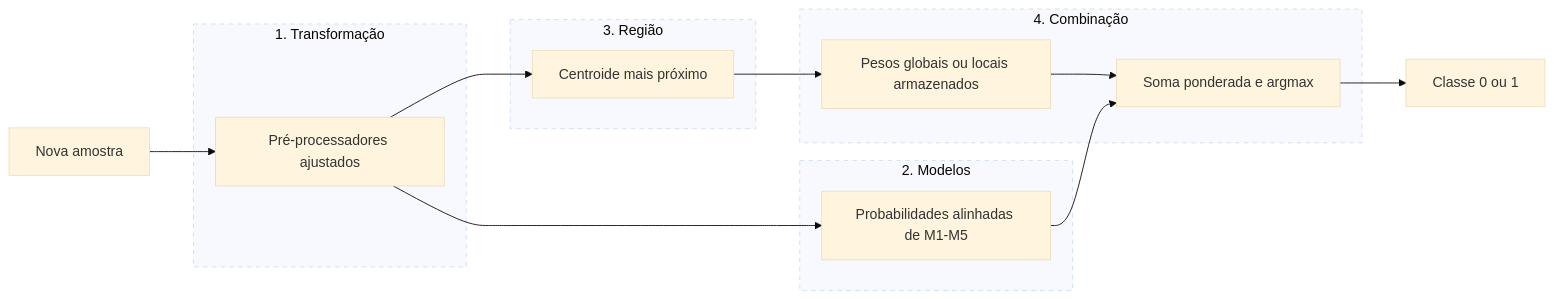
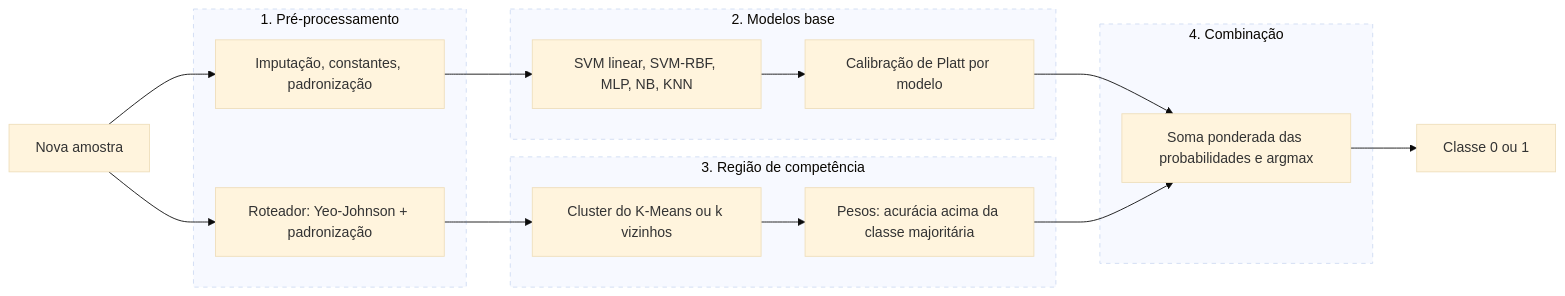
One commit to GabrielAlbuquerque01/rec_pad changed the second of 2 diagrams in docs/METODO.md. Above: the diagram before and after it, drawn with Mermaid (base theme). The commit also changed other lines of this file and 6 other files, not shown here.

````diff
--- a/docs/METODO.md
+++ b/docs/METODO.md
@@ -71,24 +103,27 @@
 ```mermaid
 flowchart LR
     X[Nova amostra] --> P
-    subgraph E1[1. Transformação]
-        P[Pré-processadores ajustados]
+    X --> RT
+    subgraph E1[1. Pré-processamento]
+        P[Imputação, constantes, padronização]
+        RT[Roteador: Yeo-Johnson + padronização]
     end
-    subgraph E2[2. Modelos]
-        M[Probabilidades alinhadas de M1-M5]
+    subgraph E2[2. Modelos base]
+        M[SVM linear, SVM-RBF, MLP, NB, KNN]
+        CAL[Calibração de Platt por modelo]
     end
-    subgraph E3[3. Região]
-        K[Centroide mais próximo]
+    subgraph E3[3. Região de competência]
+        K[Cluster do K-Means ou k vizinhos]
+        W[Pesos: acurácia acima da classe majoritária]
     end
     subgraph E4[4. Combinação]
-        W[Pesos globais ou locais armazenados] --> F[Soma ponderada e argmax]
+        F[Soma ponderada das probabilidades e argmax]
     end
-    P --> M & K
-    K --> W
-    M --> F
+    P --> M --> CAL --> F
+    RT --> K --> W --> F
     F --> Y[Classe 0 ou 1]
     style E1 stroke-dasharray: 5 5
     style E2 stroke-dasharray: 5 5
     style E3 stroke-dasharray: 5 5
     style E4 stroke-dasharray: 5 5
 ```
````
